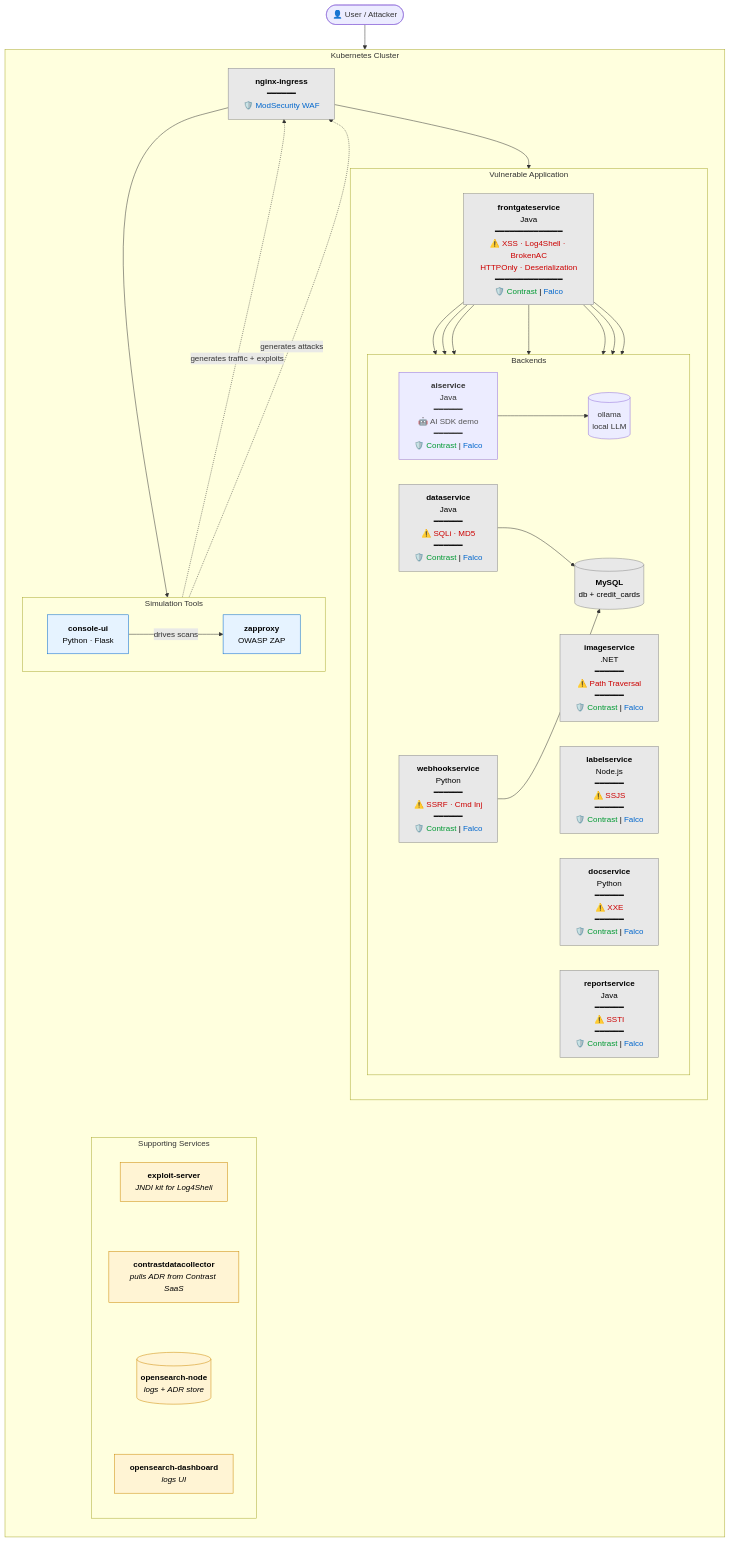
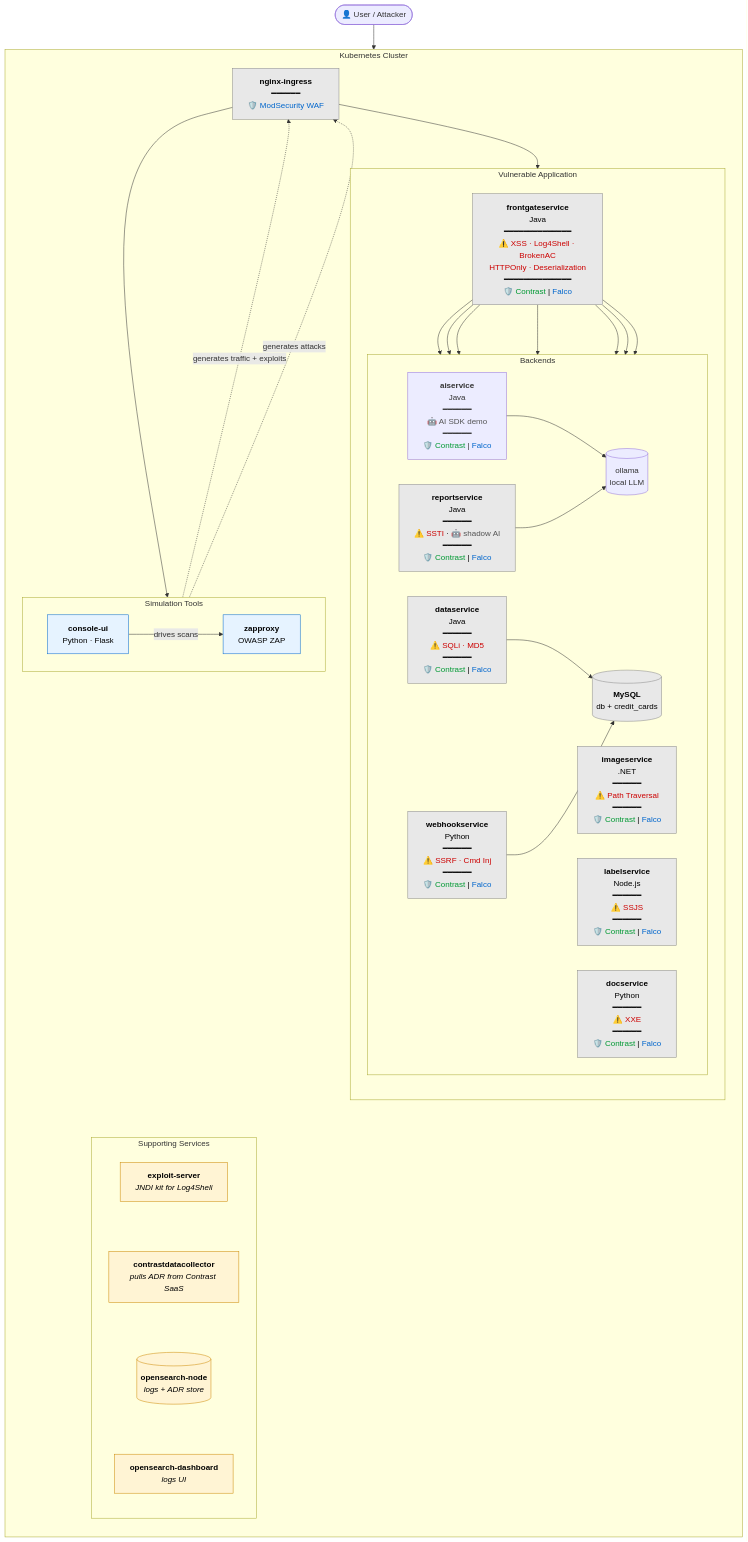
The diagram in README.md (slevin4contrast/cargo-cats), drawn with Mermaid before and after one commit. The commit also changed other lines of this file and 1 other file, not shown here.

First line of the commit message:
docs: update README and AI-DEMO.md for two-service AI architecture

````diff
--- a/README.md
+++ b/README.md
@@ -8,73 +8,74 @@
 ```mermaid
 flowchart TB
     User([👤 User / Attacker])
 
     subgraph K8S["Kubernetes Cluster"]
         direction TB
 
         Ingress["<b>nginx-ingress</b><br/>━━━━━━<br/>🛡️ <font color='#0066cc'>ModSecurity WAF</font>"]
 
         subgraph APP["Vulnerable Application"]
             direction TB
             FG["<b>frontgateservice</b><br/>Java<br/>━━━━━━━━━━━━━━<br/><font color='#c00'>⚠️ XSS · Log4Shell · BrokenAC<br/>HTTPOnly · Deserialization</font><br/>━━━━━━━━━━━━━━<br/>🛡️ <font color='#093'>Contrast</font> | <font color='#0066cc'>Falco</font>"]
 
             subgraph BE["Backends"]
                 direction LR
                 DS["<b>dataservice</b><br/>Java<br/>━━━━━━<br/><font color='#c00'>⚠️ SQLi · MD5</font><br/>━━━━━━<br/>🛡️ <font color='#093'>Contrast</font> | <font color='#0066cc'>Falco</font>"]
                 WH["<b>webhookservice</b><br/>Python<br/>━━━━━━<br/><font color='#c00'>⚠️ SSRF · Cmd Inj</font><br/>━━━━━━<br/>🛡️ <font color='#093'>Contrast</font> | <font color='#0066cc'>Falco</font>"]
                 IS["<b>imageservice</b><br/>.NET<br/>━━━━━━<br/><font color='#c00'>⚠️ Path Traversal</font><br/>━━━━━━<br/>🛡️ <font color='#093'>Contrast</font> | <font color='#0066cc'>Falco</font>"]
                 LS["<b>labelservice</b><br/>Node.js<br/>━━━━━━<br/><font color='#c00'>⚠️ SSJS</font><br/>━━━━━━<br/>🛡️ <font color='#093'>Contrast</font> | <font color='#0066cc'>Falco</font>"]
                 DC["<b>docservice</b><br/>Python<br/>━━━━━━<br/><font color='#c00'>⚠️ XXE</font><br/>━━━━━━<br/>🛡️ <font color='#093'>Contrast</font> | <font color='#0066cc'>Falco</font>"]
-                RS["<b>reportservice</b><br/>Java<br/>━━━━━━<br/><font color='#c00'>⚠️ SSTI</font><br/>━━━━━━<br/>🛡️ <font color='#093'>Contrast</font> | <font color='#0066cc'>Falco</font>"]
+                RS["<b>reportservice</b><br/>Java<br/>━━━━━━<br/><font color='#c00'>⚠️ SSTI</font> · <font color='#555'>🤖 shadow AI</font><br/>━━━━━━<br/>🛡️ <font color='#093'>Contrast</font> | <font color='#0066cc'>Falco</font>"]
                 AS["<b>aiservice</b><br/>Java<br/>━━━━━━<br/><font color='#555'>🤖 AI SDK demo</font><br/>━━━━━━<br/>🛡️ <font color='#093'>Contrast</font> | <font color='#0066cc'>Falco</font>"]
                 OL[("</b>ollama</b><br/>local LLM")]
                 DB[("<b>MySQL</b><br/>db + credit_cards")]
             end
         end
 
         subgraph SIM["Simulation Tools"]
             direction LR
             CU["<b>console-ui</b><br/>Python · Flask"]
             ZAP["<b>zapproxy</b><br/>OWASP ZAP"]
             CU -- "drives scans" --> ZAP
         end
 
         subgraph SUPP["Supporting Services"]
             direction TB
             EX["<b>exploit-server</b><br/><i>JNDI kit for Log4Shell</i>"]
             CDC["<b>contrastdatacollector</b><br/><i>pulls ADR from Contrast SaaS</i>"]
             OSN[("<b>opensearch-node</b><br/><i>logs + ADR store</i>")]
             OSD["<b>opensearch-dashboard</b><br/><i>logs UI</i>"]
             EX ~~~ CDC
             CDC ~~~ OSN
             OSN ~~~ OSD
         end
     end
 
     User --> Ingress
     Ingress --> FG
     Ingress --> CU
     Ingress ~~~ ZAP
     FG --> DS
     FG --> WH
     FG --> IS
     FG --> LS
     FG --> DC
     FG --> RS
     FG --> AS
     AS --> OL
+    RS --> OL
     DS --> DB
     WH --> DB
 
     CU  -. "generates traffic + exploits" .-> Ingress
     ZAP -. "generates attacks" .-> Ingress
 
     ZAP ~~~ EX
 
     classDef vuln fill:#e8e8e8,stroke:#888,color:#000
     classDef sim  fill:#e6f3ff,stroke:#06c,color:#000
     classDef supp fill:#fff4d4,stroke:#c80,color:#000
     class FG,DS,WH,IS,LS,DC,RS,DB,Ingress vuln
     class CU,ZAP sim
     class EX,CDC,OSN,OSD supp
 ```
````
